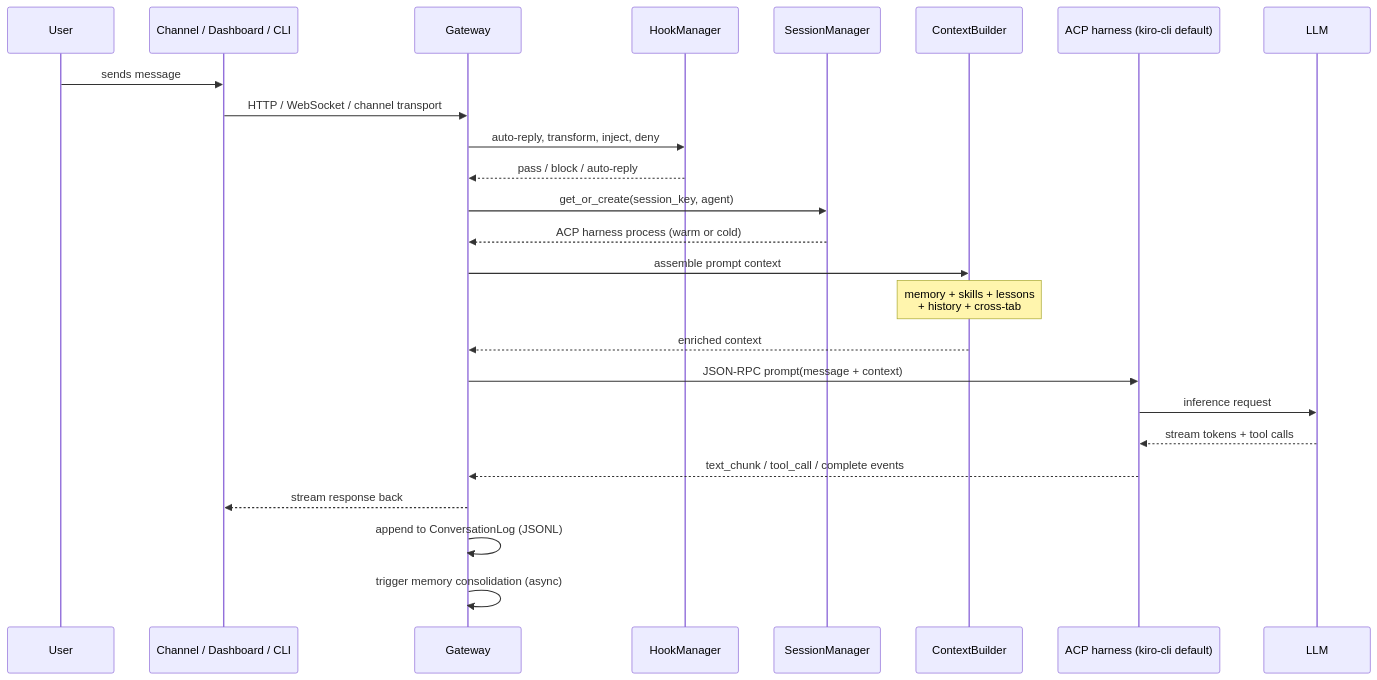
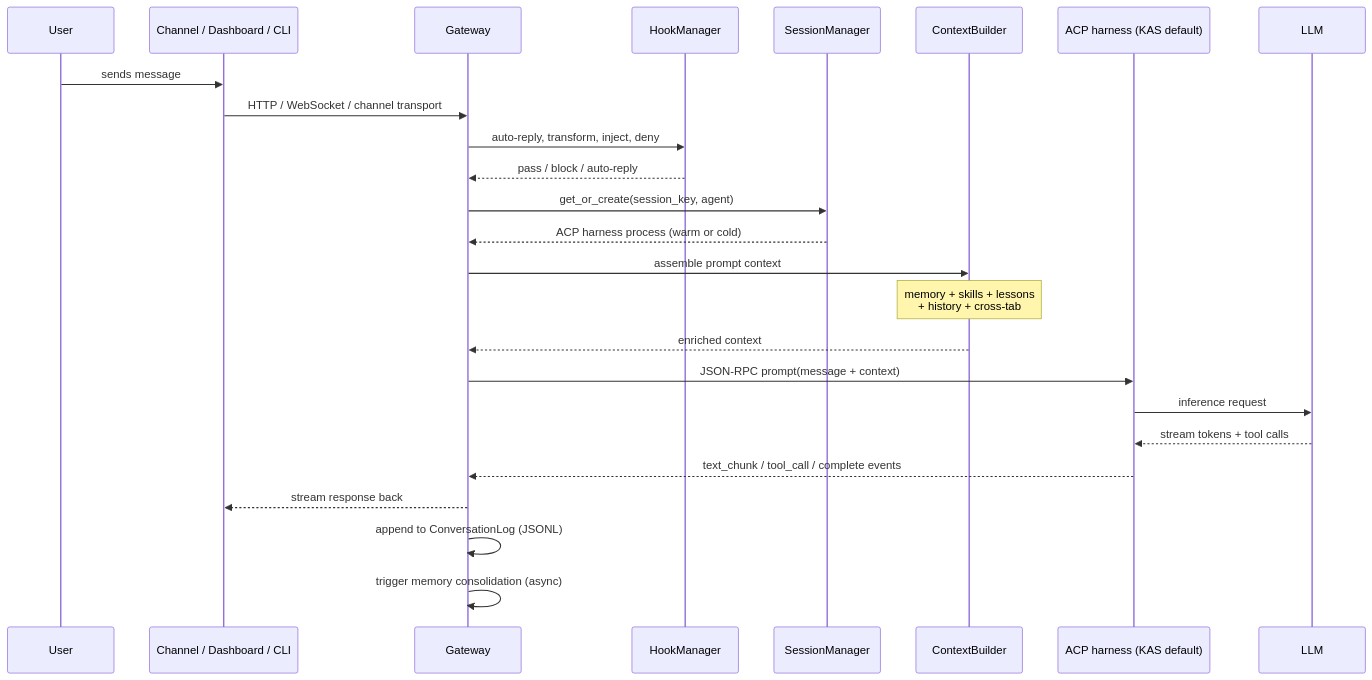
Before and after one commit to kirodotdev/KiroCrew: the second of 9 diagrams in docs/architecture/overview.md, drawn with Mermaid. The commit also changed other lines of this file and 3 other files, not shown here.

Commit message:
docs(architecture): name KAS as the default harness and drop closed issue numbers

````diff
--- a/docs/architecture/overview.md
+++ b/docs/architecture/overview.md
@@ -116,28 +119,28 @@
 ```mermaid
 sequenceDiagram
     participant User
     participant Surface as Channel / Dashboard / CLI
     participant GW as Gateway
     participant Hooks as HookManager
     participant Session as SessionManager
     participant Context as ContextBuilder
-    participant ACP as ACP harness (kiro-cli default)
+    participant ACP as ACP harness (KAS default)
     participant LLM as LLM
 
     User->>Surface: sends message
     Surface->>GW: HTTP / WebSocket / channel transport
     GW->>Hooks: auto-reply, transform, inject, deny
     Hooks-->>GW: pass / block / auto-reply
     GW->>Session: get_or_create(session_key, agent)
     Session-->>GW: ACP harness process (warm or cold)
     GW->>Context: assemble prompt context
     Note over Context: memory + skills + lessons<br/>+ history + cross-tab
     Context-->>GW: enriched context
     GW->>ACP: JSON-RPC prompt(message + context)
     ACP->>LLM: inference request
     LLM-->>ACP: stream tokens + tool calls
     ACP-->>GW: text_chunk / tool_call / complete events
     GW-->>Surface: stream response back
     GW->>GW: append to ConversationLog (JSONL)
     GW->>GW: trigger memory consolidation (async)
 ```
````
